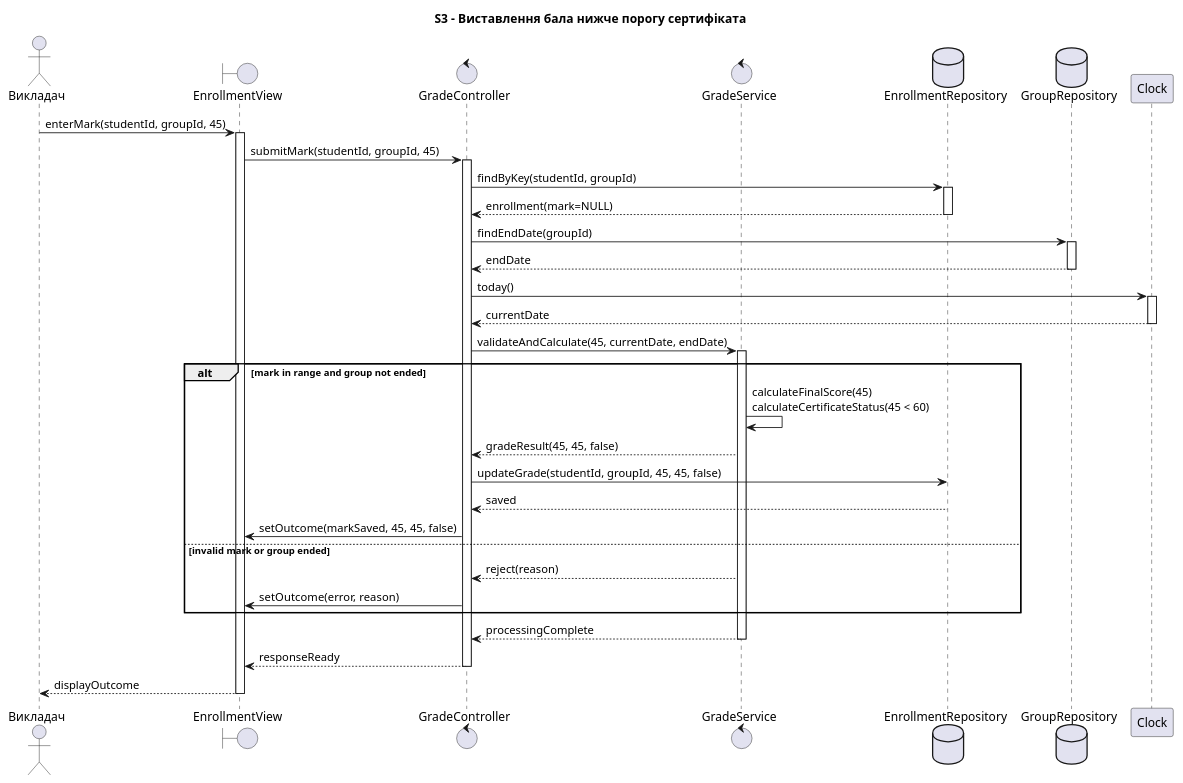
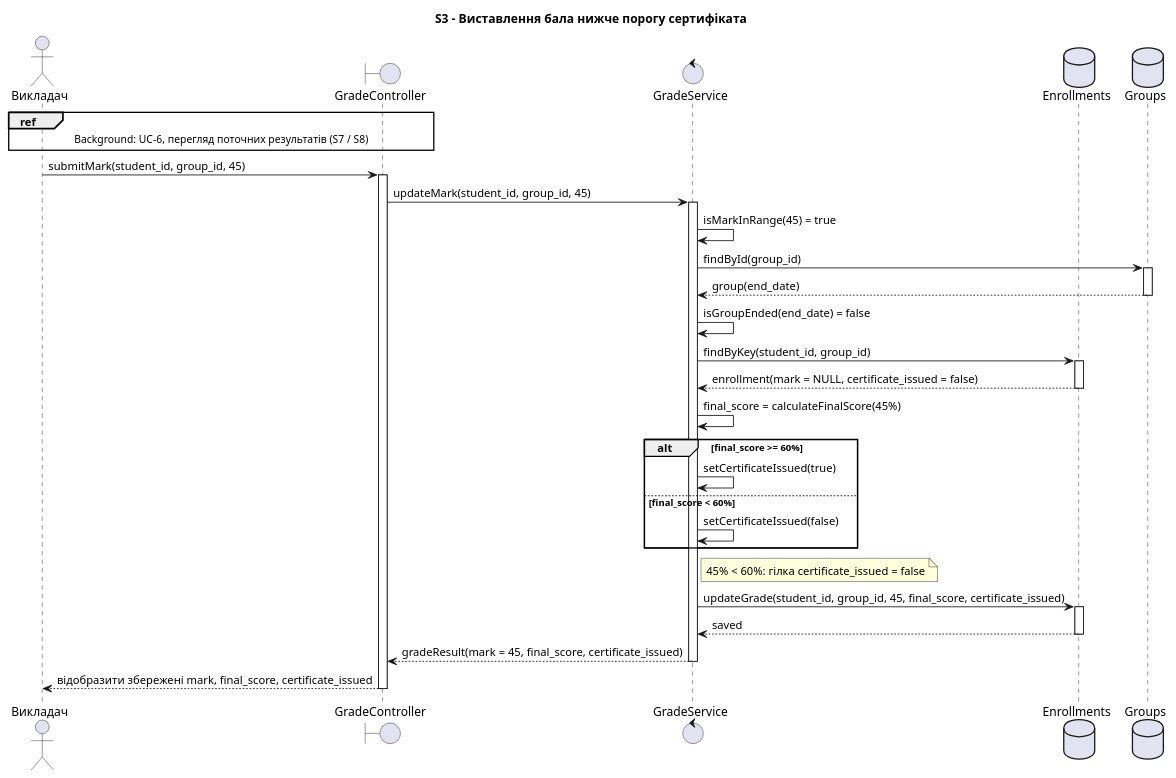
One commit to ka1tya/KPI changed the third of 8 diagrams in lab3/sequence-diagrams.puml. Above: the diagram before and after it, drawn with PlantUML. The commit also changed other lines of this file and 1 other file, not shown here.

Commit message:
Виправлено форматування коду sequence-діаграм, а саме змінено назви учасників, щоб вони краще відповідали моделі системи, та додано тип для final_score (відсоток), як це також зазначено в моделі. Також було додано файл spec.md з описом сценаріїв, які відповідають оновленим діаграмам

```diff
--- a/lab3/sequence-diagrams.puml
+++ b/lab3/sequence-diagrams.puml
@@ -67,32 +93,45 @@
 @startuml S3
  title S3 - Виставлення бала нижче порогу сертифіката
+
  actor "Викладач" as Teacher
- boundary "EnrollmentView" as View
- control "GradeController" as Controller
+ boundary "GradeController" as Controller
  control "GradeService" as GradeService
- database "EnrollmentRepository" as EnrollmentRepo
- database "GroupRepository" as GroupRepo
- participant "Clock" as Clock
- Teacher -> View ++: enterMark(studentId, groupId, 45)
- View -> Controller ++: submitMark(studentId, groupId, 45)
- Controller -> EnrollmentRepo ++: findByKey(studentId, groupId)
- EnrollmentRepo --> Controller --: enrollment(mark=NULL)
- Controller -> GroupRepo ++: findEndDate(groupId)
- GroupRepo --> Controller --: endDate
- Controller -> Clock ++: today()
- Clock --> Controller --: currentDate
- Controller -> GradeService ++: validateAndCalculate(45, currentDate, endDate)
- alt mark in range and group not ended
-   GradeService -> GradeService: calculateFinalScore(45)\ncalculateCertificateStatus(45 < 60)
-   GradeService --> Controller: gradeResult(45, 45, false)
-   Controller -> EnrollmentRepo: updateGrade(studentId, groupId, 45, 45, false)
-   EnrollmentRepo --> Controller: saved
-  Controller -> View: setOutcome(markSaved, 45, 45, false)
- else invalid mark or group ended
-   GradeService --> Controller: reject(reason)
-  Controller -> View: setOutcome(error, reason)
+ database "Enrollments" as Enrollments
+ database "Groups" as Groups
+ 
+ ref over Teacher, Controller : Background: UC-6, перегляд поточних результатів (S7 / S8)
+
+ Teacher -> Controller : submitMark(student_id, group_id, 45)
+ activate Controller
+ Controller -> GradeService : updateMark(student_id, group_id, 45)
+ activate GradeService
+
+ GradeService -> GradeService : isMarkInRange(45) = true
+ GradeService -> Groups : findById(group_id)
+ activate Groups
+ Groups --> GradeService : group(end_date)
+ deactivate Groups
+ GradeService -> GradeService : isGroupEnded(end_date) = false
+ GradeService -> Enrollments : findByKey(student_id, group_id)
+ activate Enrollments
+ Enrollments --> GradeService : enrollment(mark = NULL, certificate_issued = false)
+ deactivate Enrollments
+
+ GradeService -> GradeService: final_score = calculateFinalScore(45%)
+ alt final_score >= 60%
+   GradeService -> GradeService : setCertificateIssued(true)
+ else final_score < 60%
+   GradeService -> GradeService : setCertificateIssued(false)
  end
- GradeService --> Controller --: processingComplete
- Controller --> View --: responseReady
- View --> Teacher --: displayOutcome
+ note right of GradeService : 45% < 60%: гілка certificate_issued = false
+
+ GradeService -> Enrollments : updateGrade(student_id, group_id, 45, final_score, certificate_issued)
+ activate Enrollments
+ Enrollments --> GradeService : saved
+ deactivate Enrollments
+
+ GradeService --> Controller : gradeResult(mark = 45, final_score, certificate_issued)
+ deactivate GradeService
+ Controller --> Teacher : відобразити збережені mark, final_score, certificate_issued
+ deactivate Controller
 @enduml
```
